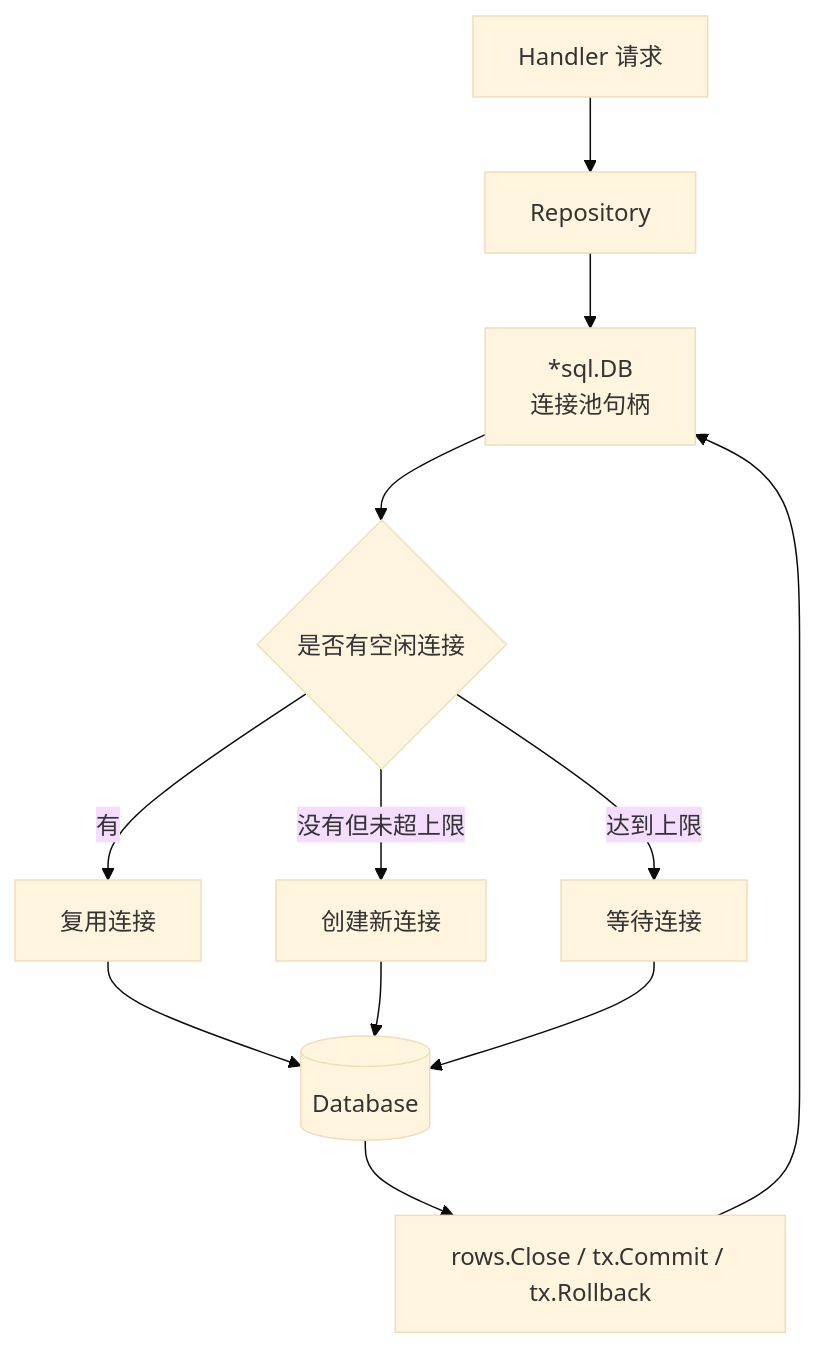
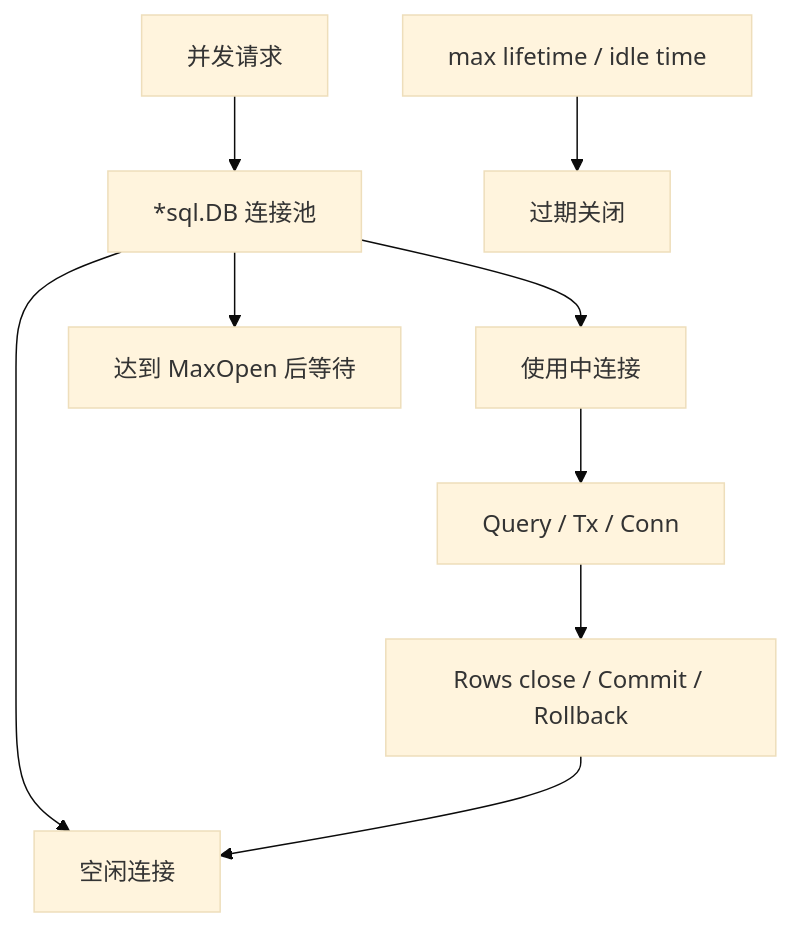
Diagram 18 of 26 in docs/go/visual-guide.md (yokry-he/yok-study-web), drawn with Mermaid (base theme) before and after one commit. The commit also changed other lines of this file and 277 other files, not shown here.

````diff
--- a/docs/go/visual-guide.md
+++ b/docs/go/visual-guide.md
@@ -165,14 +439,11 @@
 ```mermaid
 flowchart TD
-  A["Handler 请求"] --> B["Repository"]
-  B --> C["*sql.DB<br/>连接池句柄"]
-  C --> D{"是否有空闲连接"}
-  D -- "有" --> E["复用连接"]
-  D -- "没有但未超上限" --> F["创建新连接"]
-  D -- "达到上限" --> G["等待连接"]
-  E --> H[("Database")]
-  F --> H
-  G --> H
-  H --> I["rows.Close / tx.Commit / tx.Rollback"]
-  I --> C
+  Requests["并发请求"] --> Pool["*sql.DB 连接池"]
+  Pool --> Idle["空闲连接"]
+  Pool --> InUse["使用中连接"]
+  Pool --> Wait["达到 MaxOpen 后等待"]
+  InUse --> Query["Query / Tx / Conn"]
+  Query --> Return["Rows close / Commit / Rollback"]
+  Return --> Idle
+  Lifetime["max lifetime / idle time"] --> Close["过期关闭"]
 ```
````
